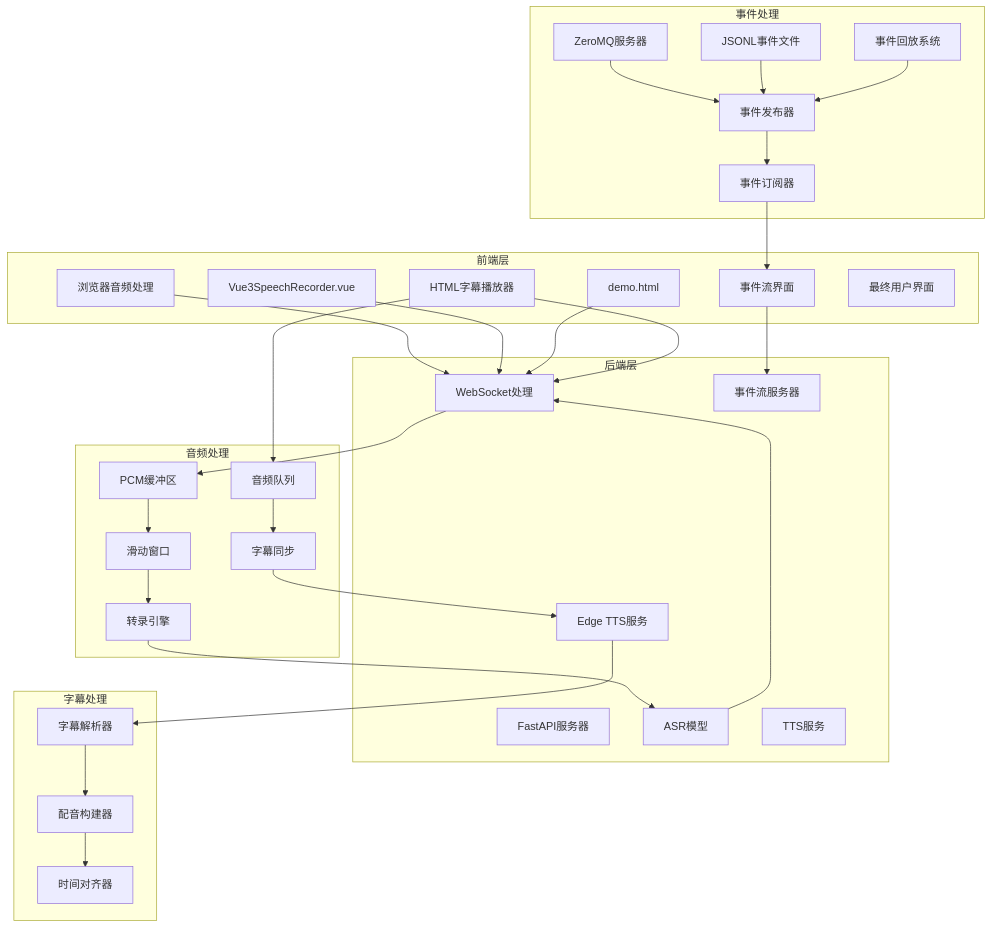
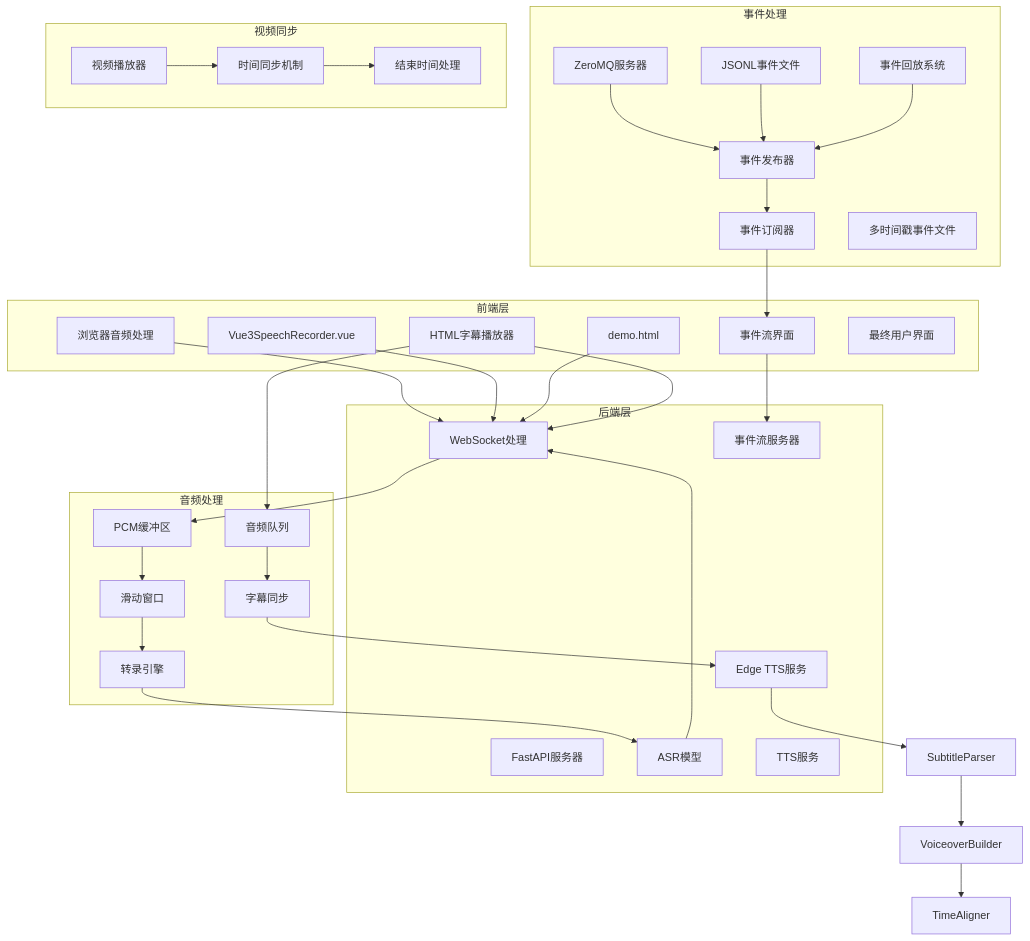
One commit to 1024dashen/Vue3Speech changed the first of 19 diagrams in .qoder/repowiki/zh/content/后端服务架构/WebSocket实时处理.md. Above: the diagram before and after it, drawn with Mermaid. The commit also changed other lines of this file and 9 other files, not shown here.

````diff
--- a/.qoder/repowiki/zh/content/后端服务架构/WebSocket实时处理.md
+++ b/.qoder/repowiki/zh/content/后端服务架构/WebSocket实时处理.md
@@ -70,59 +75,62 @@
 ```mermaid
 graph TB
 subgraph "前端层"
 Vue[Vue3SpeechRecorder.vue]
 Demo[demo.html]
 SubtitlePlayer[HTML字幕播放器]
 Browser[浏览器音频处理]
 EventUI[事件流界面]
 EndUser[最终用户界面]
 end
 subgraph "后端层"
 FastAPI[FastAPI服务器]
 WebSocket[WebSocket处理]
 ASR[ASR模型]
 TTS[TTS服务]
 EventServer[事件流服务器]
 EdgeTTS[Edge TTS服务]
 end
 subgraph "音频处理"
 Buffer[PCM缓冲区]
 Window[滑动窗口]
 Transcribe[转录引擎]
 AudioQueue[音频队列]
 SubtitleSync[字幕同步]
 end
 subgraph "事件处理"
 ZMQServer[ZeroMQ服务器]
 EventPublisher[事件发布器]
 EventSubscriber[事件订阅器]
 EventFile[JSONL事件文件]
 EventReplay[事件回放系统]
+MultiTimestampFiles[多时间戳事件文件]
 end
-subgraph "字幕处理"
-SubtitleParser[字幕解析器]
-VoiceoverBuilder[配音构建器]
-TimeAligner[时间对齐器]
+subgraph "视频同步"
+VideoPlayer[视频播放器]
+TimeSync[时间同步机制]
+EndTime[结束时间处理]
 end
 Browser --> WebSocket
 Vue --> WebSocket
 Demo --> WebSocket
 SubtitlePlayer --> WebSocket
 EventUI --> EventServer
 WebSocket --> Buffer
 Buffer --> Window
 Window --> Transcribe
 Transcribe --> ASR
 ASR --> WebSocket
 ZMQServer --> EventPublisher
 EventPublisher --> EventSubscriber
 EventFile --> EventPublisher
 EventReplay --> EventPublisher
 EventSubscriber --> EventUI
 SubtitlePlayer --> AudioQueue
 AudioQueue --> SubtitleSync
 SubtitleSync --> EdgeTTS
 EdgeTTS --> SubtitleParser
 SubtitleParser --> VoiceoverBuilder
 VoiceoverBuilder --> TimeAligner
+VideoPlayer --> TimeSync
+TimeSync --> EndTime
 ```
````
